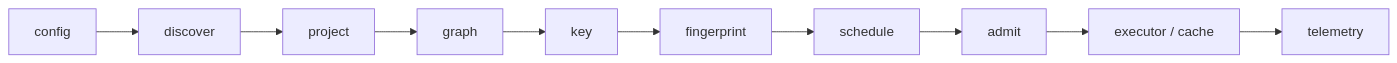
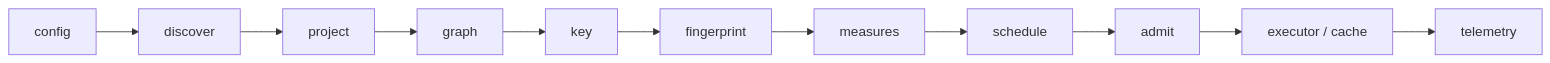
The second of 2 diagrams in private/vx-docs/src/content/docs/blog/pipeline-with-seams.md (vznjs/vx), drawn with Mermaid before and after one commit. The commit also changed other lines of this file and 55 other files, not shown here.

````diff
--- a/private/vx-docs/src/content/docs/blog/pipeline-with-seams.md
+++ b/private/vx-docs/src/content/docs/blog/pipeline-with-seams.md
@@ -42,4 +42,4 @@
 ```mermaid
 flowchart LR
-  A[config] --> B[discover] --> C[project] --> D[graph] --> K[key] --> F[fingerprint] --> S[schedule] --> AD[admit] --> E[executor / cache] --> T[telemetry]
+  A[config] --> B[discover] --> C[project] --> D[graph] --> K[key] --> F[fingerprint] --> M[measures] --> S[schedule] --> AD[admit] --> E[executor / cache] --> T[telemetry]
 ```
````
